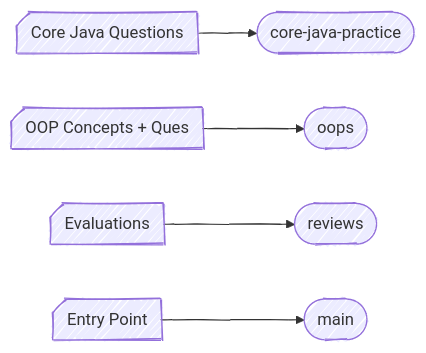
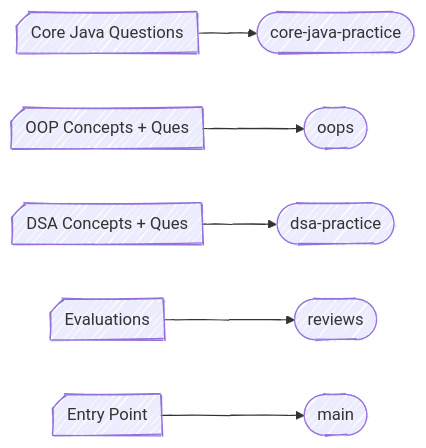
The second of 2 diagrams in readme.md (imprakhartripathi/BridgeLabz-Training), drawn with Mermaid before and after one commit. The commit also changed other lines of this file and 2 other files, not shown here.

````diff
--- a/readme.md
+++ b/readme.md
@@ -185,18 +204,20 @@
 ```mermaid
 ---
 config:
   theme: mc
   look: handDrawn
 ---
 flowchart LR
     A["Core Java Questions"] --> B(["core-java-practice"])
     G["OOP Concepts + Ques"] --> H(["oops"])
+    I["DSA Concepts + Ques"] --> J(["dsa-practice"])
     C["Evaluations"] --> D(["reviews"])
     E["Entry Point"] --> F(["main"])
 
     A@{ shape: card}
     G@{ shape: card}
     C@{ shape: card}
     E@{ shape: card}
+    I@{ shape: card}
 
 ```
````
